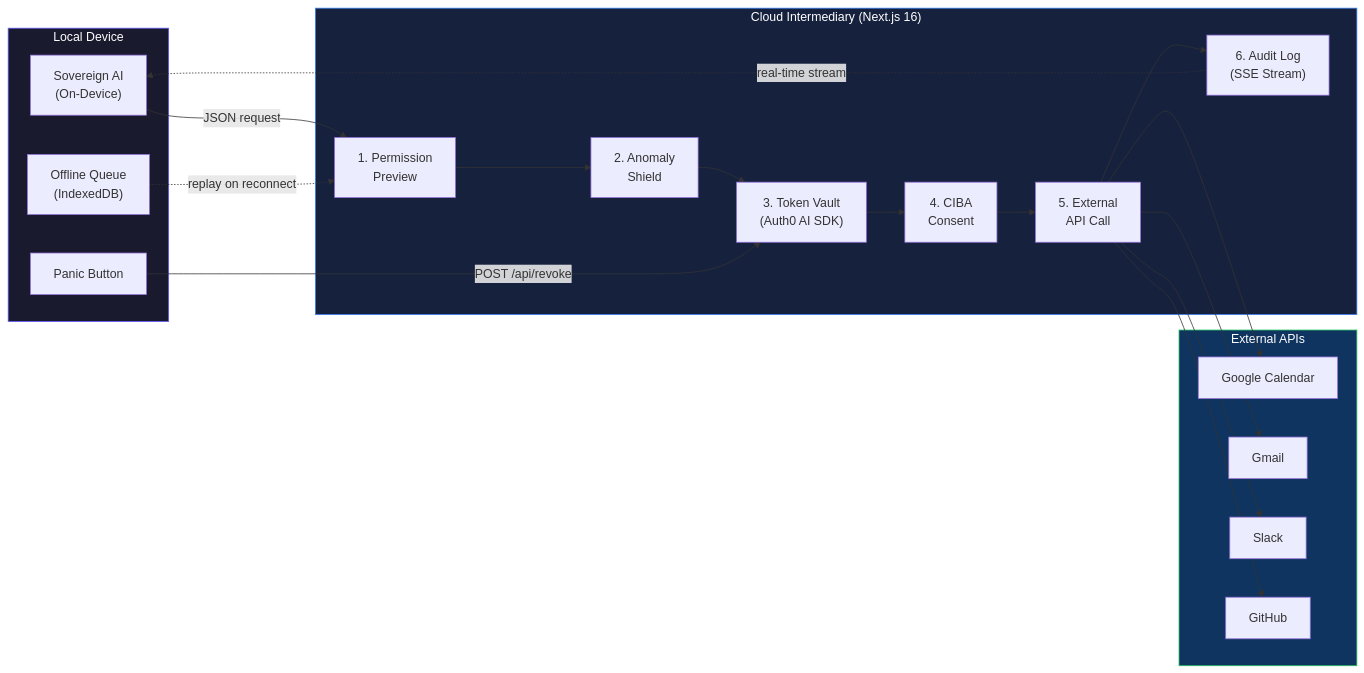
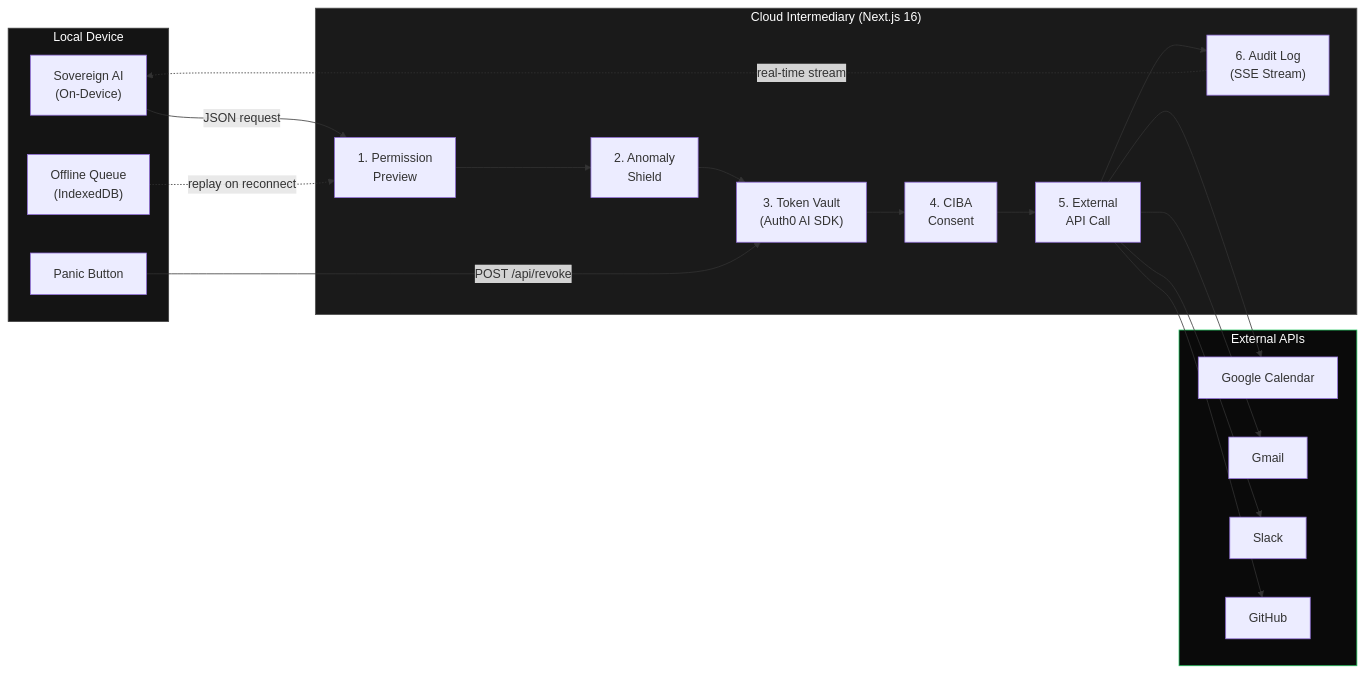
The first of 2 diagrams in README.md (ashutosh887/ClawGuard), drawn with Mermaid before and after one commit. The commit also changed other lines of this file, not shown here.

````diff
--- a/README.md
+++ b/README.md
@@ -19,42 +19,42 @@
 ```mermaid
 graph LR
     subgraph Local["Local Device"]
         AI["Sovereign AI<br/>(On-Device)"]
         Q["Offline Queue<br/>(IndexedDB)"]
         PB["Panic Button"]
     end
 
     subgraph Cloud["Cloud Intermediary (Next.js 16)"]
         PP["1. Permission<br/>Preview"]
         AS["2. Anomaly<br/>Shield"]
         TV["3. Token Vault<br/>(Auth0 AI SDK)"]
         CIBA["4. CIBA<br/>Consent"]
         API["5. External<br/>API Call"]
         AL["6. Audit Log<br/>(SSE Stream)"]
     end
 
     subgraph External["External APIs"]
         GC["Google Calendar"]
         GM["Gmail"]
         SL["Slack"]
         GH["GitHub"]
     end
 
     AI -- "JSON request" --> PP
     PP --> AS
     AS --> TV
     TV --> CIBA
     CIBA --> API
     API --> AL
     API --> GC
     API --> GM
     API --> SL
     API --> GH
     AL -. "real-time stream" .-> AI
     PB -- "POST /api/revoke" --> TV
     Q -. "replay on reconnect" .-> PP
 
-    style Local fill:#1a1a2e,stroke:#635DFF,color:#fff
-    style Cloud fill:#16213e,stroke:#3b82f6,color:#fff
-    style External fill:#0f3460,stroke:#22c55e,color:#fff
+    style Local fill:#141414,stroke:#404040,color:#fff
+    style Cloud fill:#1a1a1a,stroke:#525252,color:#fff
+    style External fill:#0a0a0a,stroke:#22c55e,color:#fff
 ```
````
